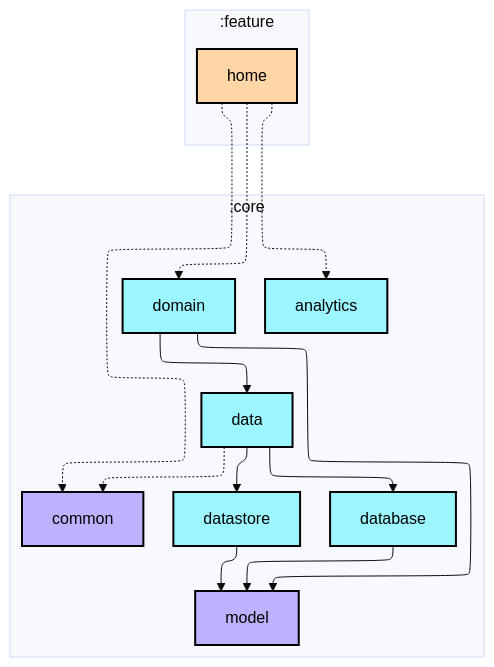
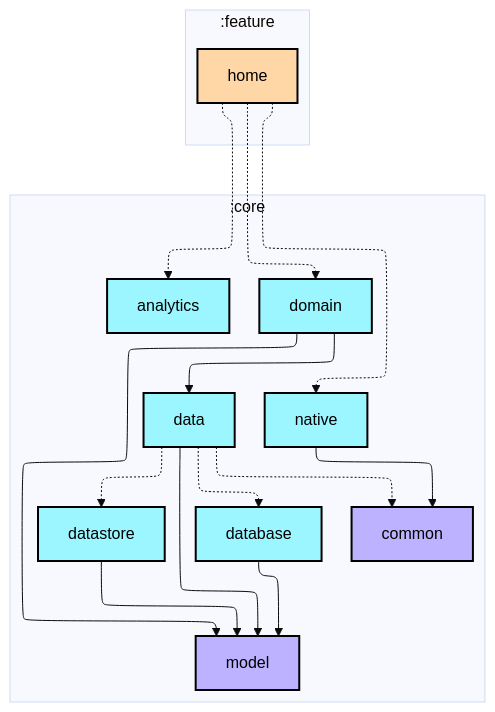
One commit to Sunior-k/walklog changed the first of 2 diagrams in feature/home/README.md. Above: the diagram before and after it, drawn with Mermaid (base theme). The commit also changed 52 other files, not shown here.

````diff
--- a/feature/home/README.md
+++ b/feature/home/README.md
@@ -17,41 +17,44 @@
 ```mermaid
 ---
 config:
   layout: elk
   elk:
     nodePlacementStrategy: SIMPLE
 ---
 graph TB
   subgraph :feature
     direction TB
     :feature:home[home]:::android-feature
   end
 
   subgraph :core
     direction TB
     :core:domain[domain]:::android-library
     :core:data[data]:::android-library
     :core:database[database]:::android-library
     :core:datastore[datastore]:::android-library
+    :core:native[native]:::android-library
     :core:common[common]:::jvm-library
     :core:model[model]:::jvm-library
     :core:analytics[analytics]:::android-library
   end
 
   :feature:home -.-> :core:domain
-  :feature:home -.-> :core:common
   :feature:home -.-> :core:analytics
+  :feature:home -.-> :core:native
   :core:domain --> :core:data
   :core:domain --> :core:model
-  :core:data --> :core:database
-  :core:data --> :core:datastore
+  :core:native --> :core:common
+  :core:data --> :core:model
+  :core:data -.-> :core:database
+  :core:data -.-> :core:datastore
   :core:data -.-> :core:common
   :core:database --> :core:model
   :core:datastore --> :core:model
 
 classDef android-application fill:#CAFFBF,stroke:#000,stroke-width:2px,color:#000;
 classDef android-feature fill:#FFD6A5,stroke:#000,stroke-width:2px,color:#000;
 classDef android-library fill:#9BF6FF,stroke:#000,stroke-width:2px,color:#000;
 classDef android-test fill:#A0C4FF,stroke:#000,stroke-width:2px,color:#000;
 classDef jvm-library fill:#BDB2FF,stroke:#000,stroke-width:2px,color:#000;
 ```
````
